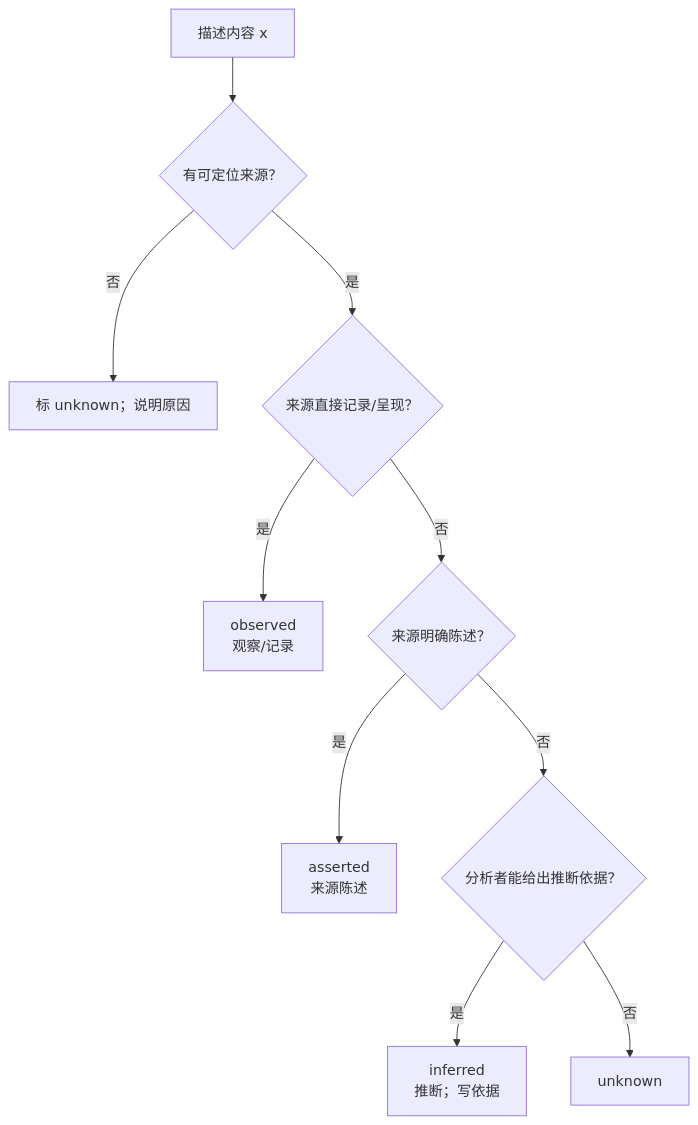
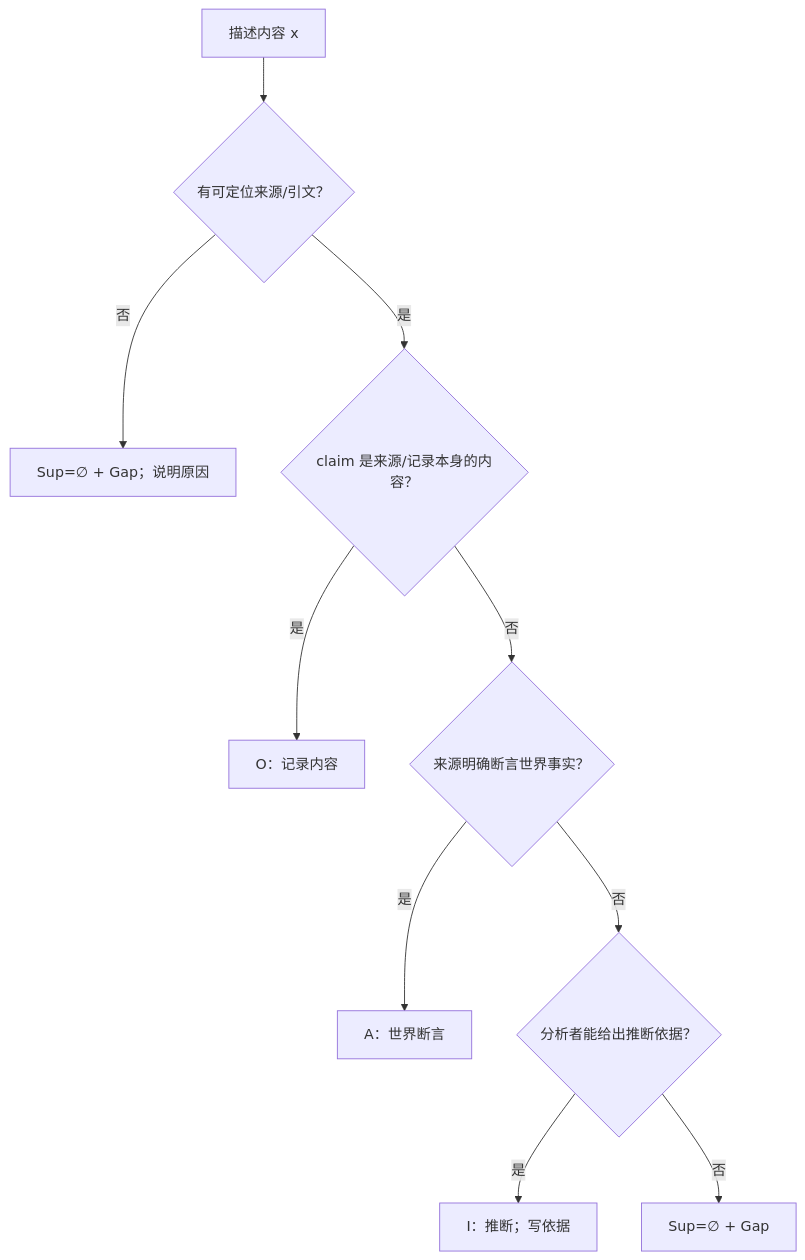
The second of 3 diagrams in docs/structures/4-evidence.md (AgenticFinLab/FinMycelium), drawn with Mermaid before and after one commit. The commit also changed other lines of this file and 8 other files, not shown here.

````diff
--- a/docs/structures/4-evidence.md
+++ b/docs/structures/4-evidence.md
@@ -86,12 +91,12 @@
 ```mermaid
 flowchart TD
-    X["描述内容 x"] --> Q1{"有可定位来源？"}
-    Q1 -- "否" --> UNK["标 unknown；说明原因"]
-    Q1 -- "是" --> Q2{"来源直接记录/呈现？"}
-    Q2 -- "是" --> OBS["observed<br/>观察/记录"]
-    Q2 -- "否" --> Q3{"来源明确陈述？"}
-    Q3 -- "是" --> ASR["asserted<br/>来源陈述"]
+    X["描述内容 x"] --> Q1{"有可定位来源/引文？"}
+    Q1 -- "否" --> GAP["Sup=∅ + Gap；说明原因"]
+    Q1 -- "是" --> Q2{"claim 是来源/记录本身的内容？"}
+    Q2 -- "是" --> OBS["O：记录内容"]
+    Q2 -- "否" --> Q3{"来源明确断言世界事实？"}
+    Q3 -- "是" --> ASR["A：世界断言"]
     Q3 -- "否" --> Q4{"分析者能给出推断依据？"}
-    Q4 -- "是" --> INF["inferred<br/>推断；写依据"]
-    Q4 -- "否" --> UNK2["unknown"]
+    Q4 -- "是" --> INF["I：推断；写依据"]
+    Q4 -- "否" --> GAP2["Sup=∅ + Gap"]
 ```
````
